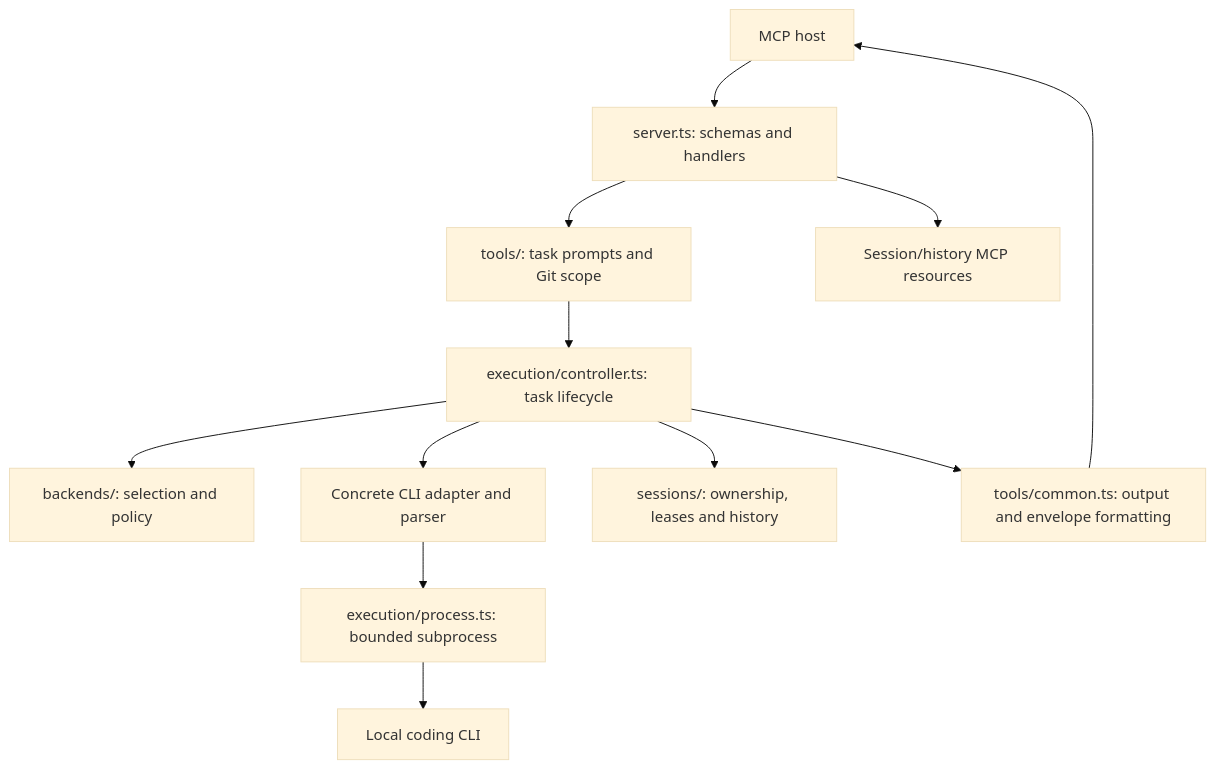
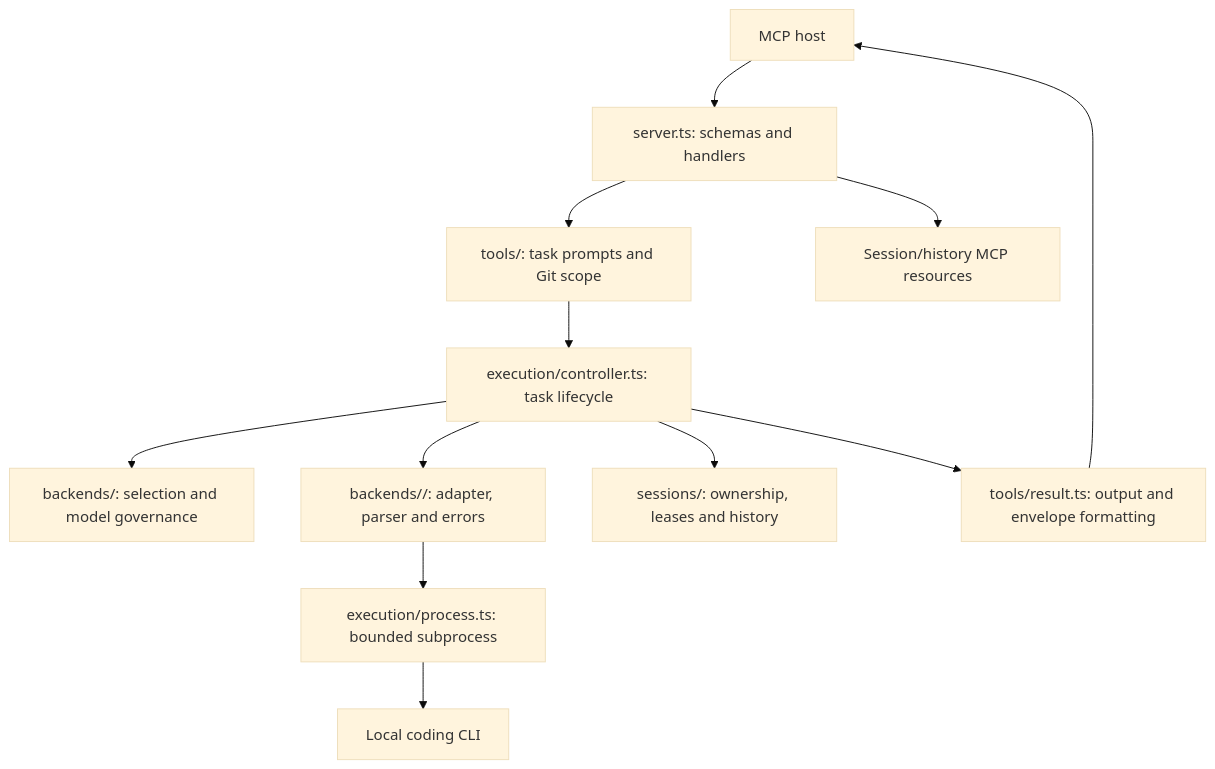
Before and after one commit to oktawianwybieralski/coagent8: the diagram in docs/ARCHITECTURE.md, drawn with Mermaid (base theme). The commit also changed other lines of this file and 60 other files, not shown here.

````diff
--- a/docs/ARCHITECTURE.md
+++ b/docs/ARCHITECTURE.md
@@ -14,14 +14,14 @@
 ```mermaid
 flowchart TD
     Host["MCP host"] --> Server["server.ts: schemas and handlers"]
     Server --> Tools["tools/: task prompts and Git scope"]
     Tools --> Controller["execution/controller.ts: task lifecycle"]
-    Controller --> Routing["backends/: selection and policy"]
-    Controller --> Adapter["Concrete CLI adapter and parser"]
+    Controller --> Routing["backends/: selection and model governance"]
+    Controller --> Adapter["backends/<cli>/: adapter, parser and errors"]
     Adapter --> Process["execution/process.ts: bounded subprocess"]
     Process --> CLI["Local coding CLI"]
     Controller --> Sessions["sessions/: ownership, leases and history"]
-    Controller --> Result["tools/common.ts: output and envelope formatting"]
+    Controller --> Result["tools/result.ts: output and envelope formatting"]
     Result --> Host
     Server --> Resources["Session/history MCP resources"]
 ```
````
